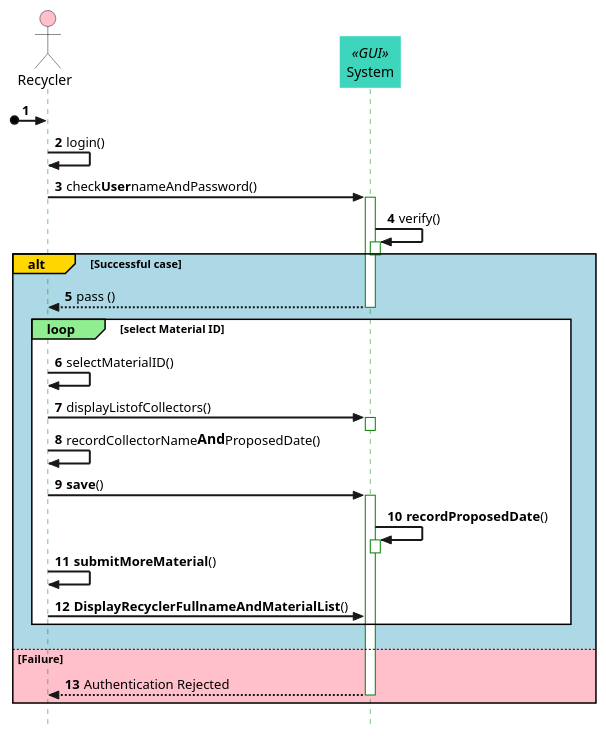
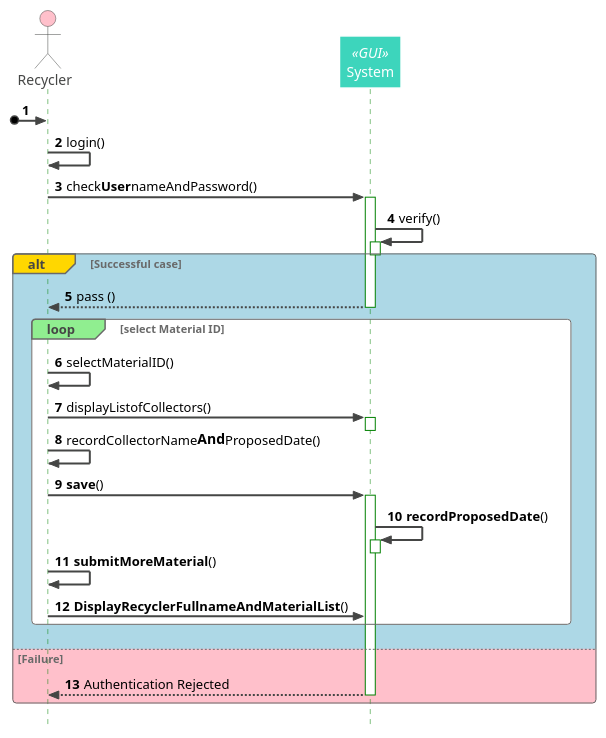
One commit to MehmoodHashmi/Documentation-as-Code-DaC changed the diagram in docs/uml/PlantUML/sequence diagram/make appointment for submission.puml. Above: the diagram before and after it, drawn with PlantUML. The commit also changed 224 other files, not shown here.

```diff
--- a/docs/uml/PlantUML/sequence diagram/make appointment for submission.puml
+++ b/docs/uml/PlantUML/sequence diagram/make appointment for submission.puml
@@ -1,66 +1,67 @@
 @startuml
 
+!theme vibrant
 
 !pragma teoz true
 hide footbox
 skinparam style strictuml
 
 skinparam participant {
     BackgroundColor AWS_BG_COLOR
     BorderColor AWS_BORDER_COLOR
     RoundCorner 0
 }
 skinparam sequence {
     ArrowThickness 2
     LifeLineBorderColor #green
     MessageAlignment left
 }
 skinparam note {
   TextAlignment left
   BorderColor AWS_COLOR
  }
 
 skinparam WrapWidth 300
 skinparam MaxMessageSize 600
 
 
 skinparam note<<ReturnIcon>> {
   BorderColor #Transparent
   BackgroundColor #Transparent
 }
 
 autonumber
 actor Recycler  #pink
 participant System <<GUI>> #0acaabc9
 
 [o-> Recycler
 Recycler -> Recycler : login()
 Recycler -> System ++: check<b>User</b>nameAndPassword()
 
     System -> System ++: verify()
     deactivate System
 
 alt#Gold #LightBlue Successful case
     System --> Recycler --: pass ()
 
     loop#lightgreen #white select Material ID
         Recycler -> Recycler : selectMaterialID()
         Recycler -> System ++: displayListofCollectors()
             deactivate System
 
         Recycler -> Recycler : recordCollectorName<size:14><b>And</b></size>ProposedDate()
         Recycler -> System ++: <b>save</b>()
 
         System -> System ++: <b>recordProposedDate</b>()
             deactivate System
 
         Recycler -> Recycler : <b>submitMoreMaterial</b>()
         Recycler -> System : <b>DisplayRecyclerFullnameAndMaterialList</b>()
     end
 
 else #Pink Failure
      System --> Recycler: Authentication Rejected
         deactivate System
 end
 
 @enduml
```
